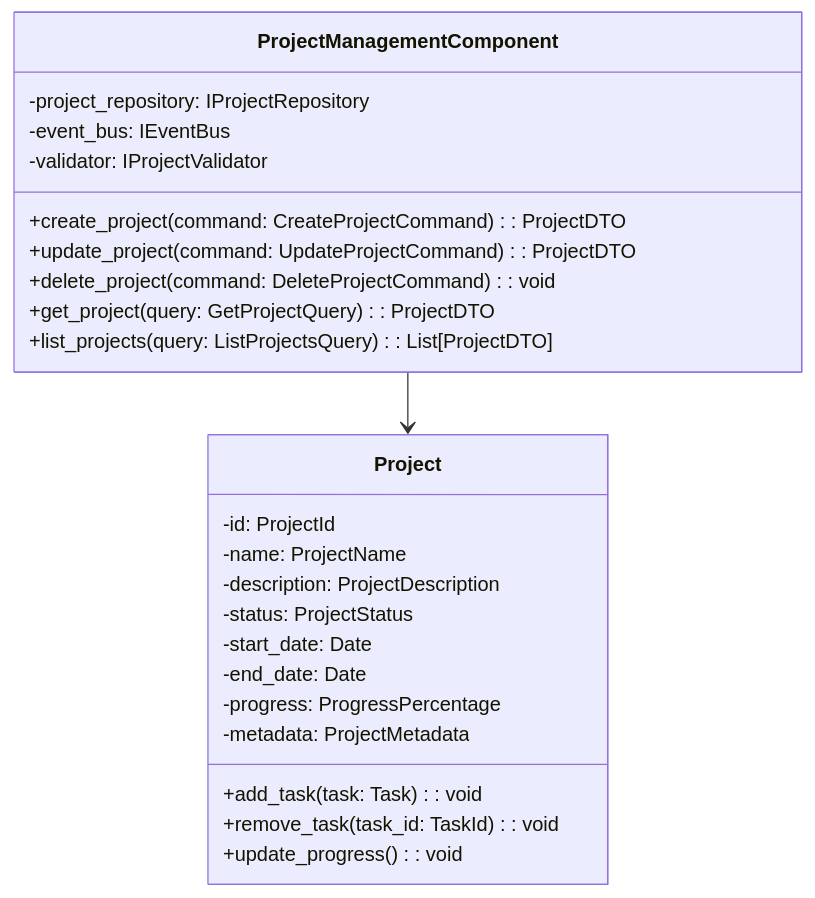
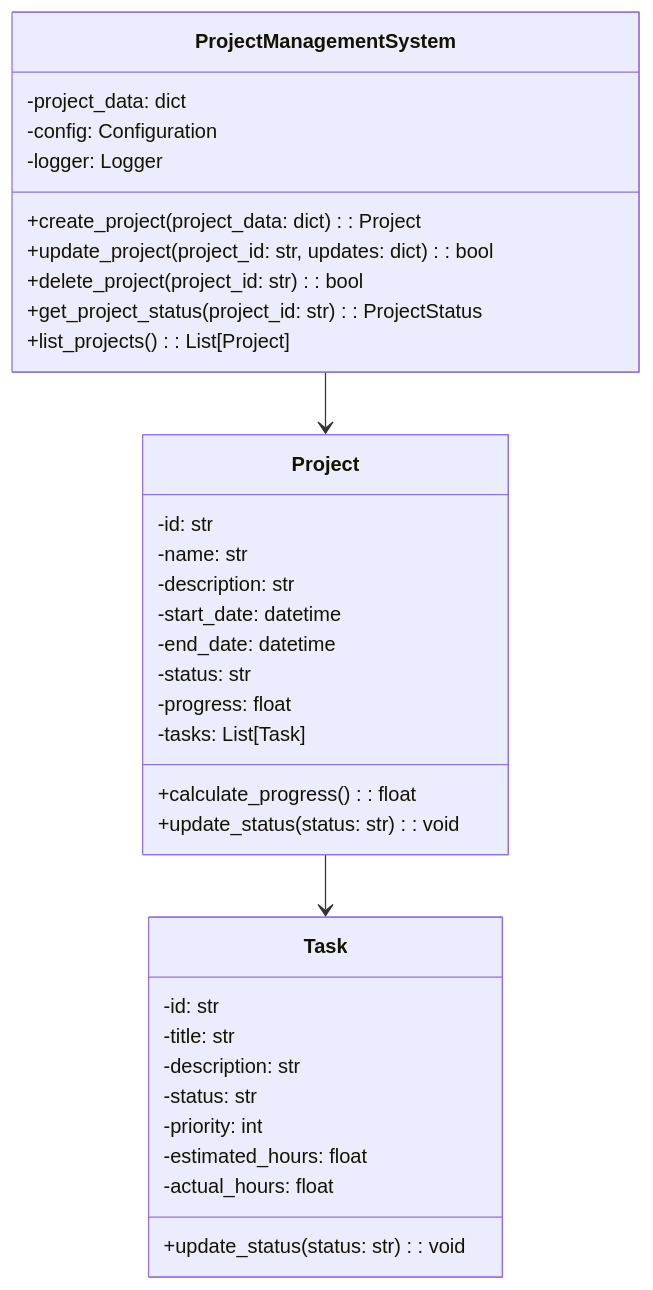
One commit to Shakour-Data/AutoProjectManagement changed the sixth of 18 diagrams in Docs/Software_Engineering/Software_Architecture_Document.md. Above: the diagram before and after it, drawn with Mermaid. The commit also changed other lines of this file, not shown here.

````diff
--- a/Docs/Software_Engineering/Software_Architecture_Document.md
+++ b/Docs/Software_Engineering/Software_Architecture_Document.md
@@ -322,29 +301,40 @@
 ```mermaid
 classDiagram
-    class ProjectManagementComponent {
-        -project_repository: IProjectRepository
-        -event_bus: IEventBus
-        -validator: IProjectValidator
-        +create_project(command: CreateProjectCommand): ProjectDTO
-        +update_project(command: UpdateProjectCommand): ProjectDTO
-        +delete_project(command: DeleteProjectCommand): void
-        +get_project(query: GetProjectQuery): ProjectDTO
-        +list_projects(query: ListProjectsQuery): List[ProjectDTO]
+    class ProjectManagementSystem {
+        -project_data: dict
+        -config: Configuration
+        -logger: Logger
+        +create_project(project_data: dict): Project
+        +update_project(project_id: str, updates: dict): bool
+        +delete_project(project_id: str): bool
+        +get_project_status(project_id: str): ProjectStatus
+        +list_projects(): List[Project]
     }
     
     class Project {
-        -id: ProjectId
-        -name: ProjectName
-        -description: ProjectDescription
-        -status: ProjectStatus
-        -start_date: Date
-        -end_date: Date
-        -progress: ProgressPercentage
-        -metadata: ProjectMetadata
-        +add_task(task: Task): void
-        +remove_task(task_id: TaskId): void
-        +update_progress(): void
+        -id: str
+        -name: str
+        -description: str
+        -start_date: datetime
+        -end_date: datetime
+        -status: str
+        -progress: float
+        -tasks: List[Task]
+        +calculate_progress(): float
+        +update_status(status: str): void
     }
     
-    ProjectManagementComponent --> Project
+    class Task {
+        -id: str
+        -title: str
+        -description: str
+        -status: str
+        -priority: int
+        -estimated_hours: float
+        -actual_hours: float
+        +update_status(status: str): void
+    }
+    
+    ProjectManagementSystem --> Project
+    Project --> Task
 ```
````
